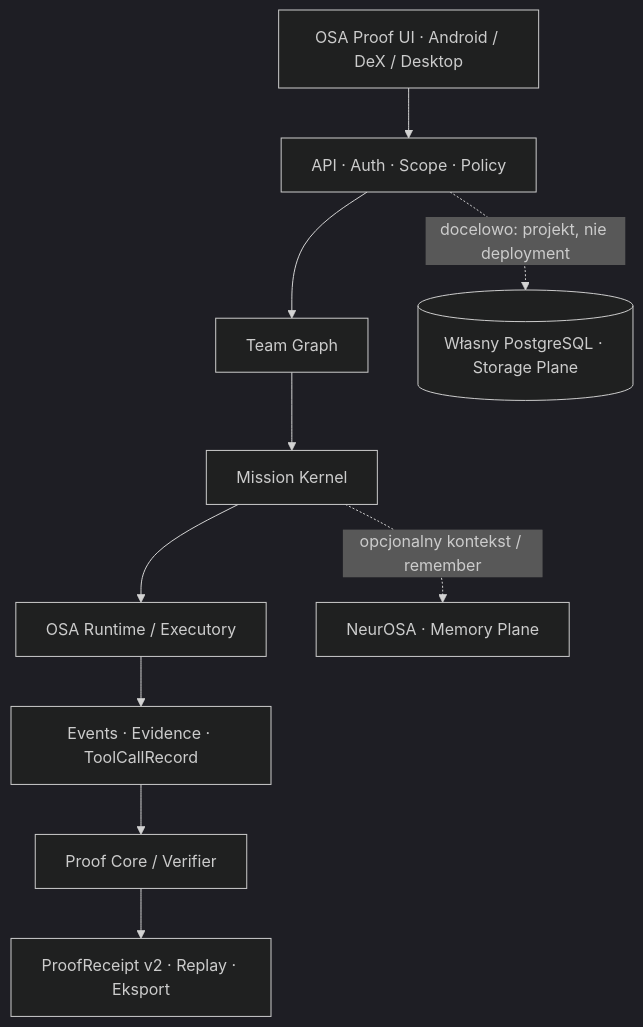
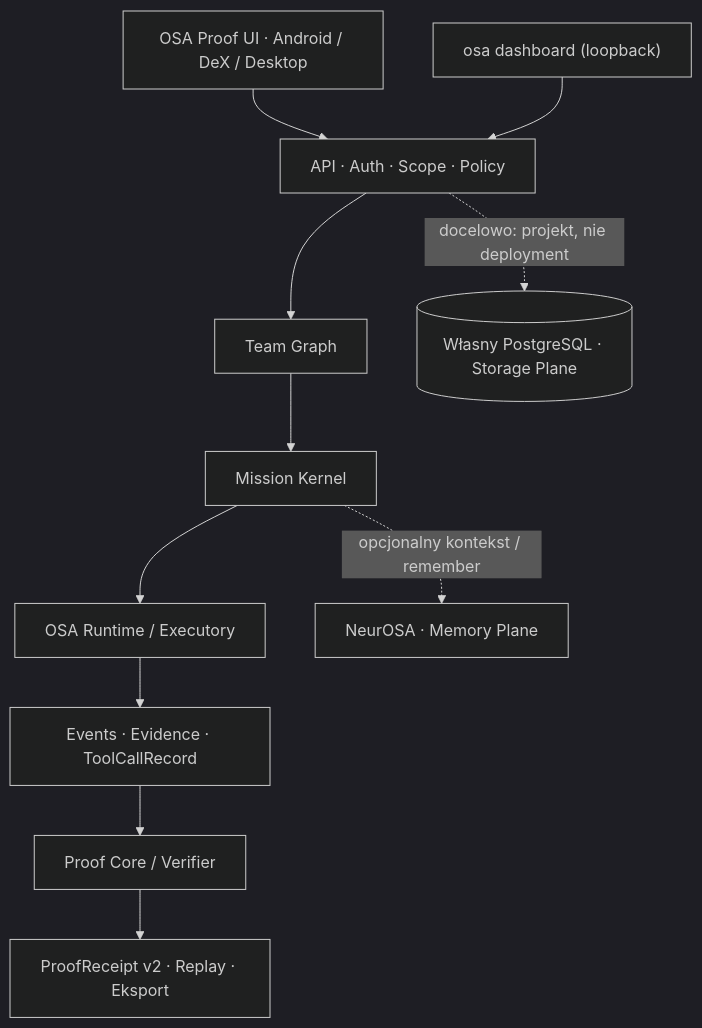
One commit to HazEOskA/osa-proof changed the diagram in README.md. Above: the diagram before and after it, drawn with Mermaid (dark theme). The commit also changed other lines of this file, not shown here.

First line of the commit message:
docs: aktualizacja README do stanu main 2026-11-18 (local runtime + osa CLI)

````diff
--- a/README.md
+++ b/README.md
@@ -56,12 +57,13 @@
 ```mermaid
 flowchart TD
   UI["OSA Proof UI · Android / DeX / Desktop"] --> API["API · Auth · Scope · Policy"]
   API --> TG["Team Graph"]
   TG --> MK["Mission Kernel"]
   MK --> RT["OSA Runtime / Executory"]
   RT --> EV["Events · Evidence · ToolCallRecord"]
   EV --> PF["Proof Core / Verifier"]
   PF --> RP["ProofReceipt v2 · Replay · Eksport"]
   MK -. "opcjonalny kontekst / remember" .-> NM["NeurOSA · Memory Plane"]
   API -. "docelowo: projekt, nie deployment" .-> DB[("Własny PostgreSQL · Storage Plane")]
+  CLI["osa dashboard (loopback)"] --> API
 ```
````
